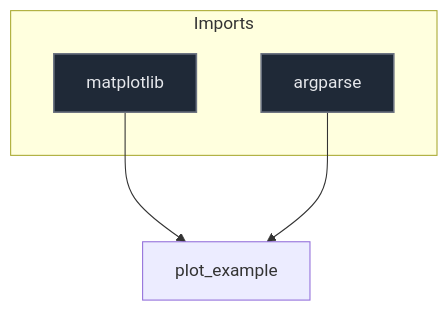
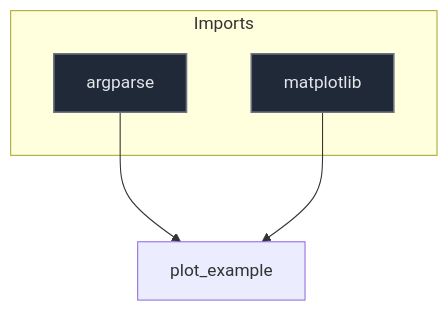
The diagram in docs/diagrams/structure/plot_example_diagram.md (mllam/neural-lam), drawn with Mermaid before and after one commit. The commit also changed 20 other files, not shown here.

````diff
--- a/docs/diagrams/structure/plot_example_diagram.md
+++ b/docs/diagrams/structure/plot_example_diagram.md
@@ -1,21 +1,21 @@
 ```mermaid
 %%{init: {'flowchart': {'nodeSpacing': 60, 'rankSpacing': 80}}}%%
 flowchart TD
 
 module["plot_example"]
 
 subgraph Imports
+    argparse["argparse"]
     matplotlib["matplotlib"]
-    argparse["argparse"]
 end
 
+    argparse --> module
     matplotlib --> module
-    argparse --> module
 
 classDef parent fill:#0f172a,stroke:#3b82f6,stroke-width:2px,color:#f1f5f9,font-size:16px
 classDef base fill:#78350f,stroke:#f59e0b,stroke-width:1px,color:#fde68a,font-size:16px
 classDef import fill:#1f2937,stroke:#6b7280,stroke-width:1.5px,color:#e5e7eb,font-size:16px
 classDef method fill:#2d043f,stroke:#7c3aed,stroke-width:1.5px,color:#ede9fe,font-size:16px
 classDef callNode fill:#064e3b,stroke:#10b981,stroke-width:1.5px,color:#d1fae5,font-size:16px
-class matplotlib,argparse import
+class argparse,matplotlib import
 ```
````
